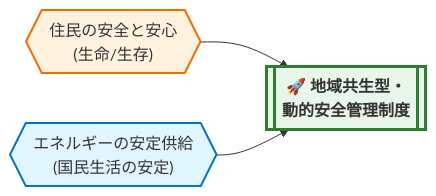
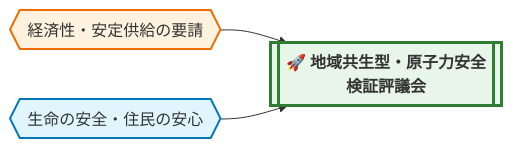
Before and after one commit to ogaogamirai/ARE-Public-Gallery: the second of 2 diagrams in themes/Restart of Rural NPPs/standard.md, drawn with Mermaid. The commit also changed other lines of this file and 1 other file, not shown here.

````diff
--- a/themes/Restart of Rural NPPs/standard.md
+++ b/themes/Restart of Rural NPPs/standard.md
@@ -113,9 +114,9 @@
 ```mermaid
 graph LR
-  A{{"住民の安全と安心<br>(生命/生存)"}} --> C[["🚀 地域共生型・<br>動的安全管理制度"]]
-  B{{"エネルギーの安定供給<br>(国民生活の安定)"}} --> C
+  A{{"経済性・安定供給の要請"}} --> C[["🚀 地域共生型・原子力安全検証評議会"]]
+  B{{"生命の安全・住民の安心"}} --> C
 
   style A fill:#FFF3E0,stroke:#EF6C00,stroke-width:2px
   style B fill:#E1F5FE,stroke:#0277BD,stroke-width:2px
   style C fill:#E8F5E9,stroke:#2E7D32,stroke-width:3px,font-weight:bold
 ```
````
